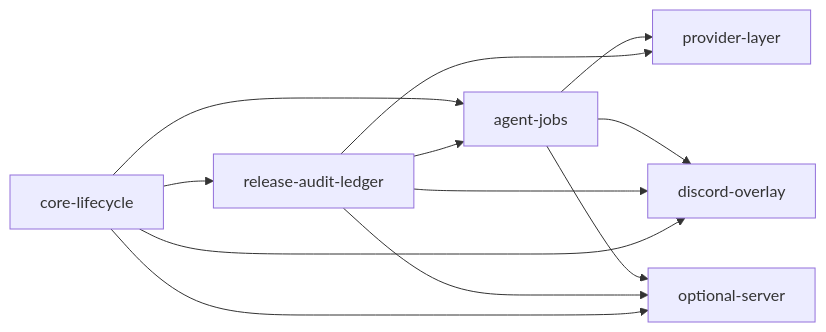
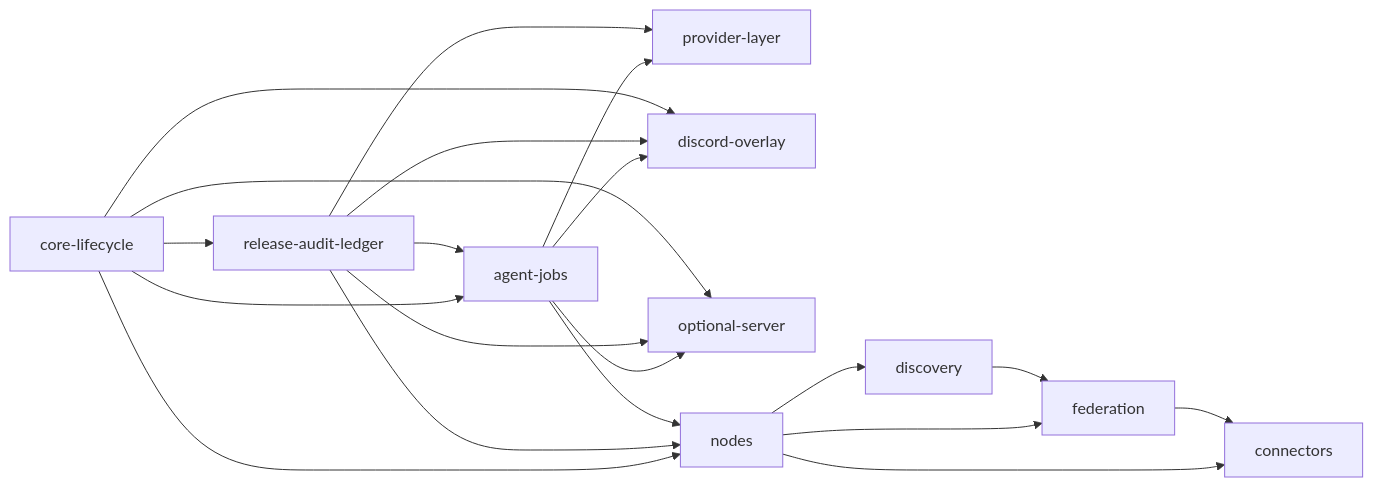
The diagram in docs/specifications/architecture/02_Core_Boundaries_and_Dependency_Rules.md (Audumla/AUDiaGentic), drawn with Mermaid before and after one commit. The commit also changed other lines of this file and 10 other files, not shown here.

````diff
--- a/docs/specifications/architecture/02_Core_Boundaries_and_Dependency_Rules.md
+++ b/docs/specifications/architecture/02_Core_Boundaries_and_Dependency_Rules.md
@@ -17,14 +23,22 @@
 ```mermaid
 flowchart LR
     L[core-lifecycle] --> R[release-audit-ledger]
     L --> J[agent-jobs]
     R --> J
     J --> P[provider-layer]
     R --> P
     J --> D[discord-overlay]
     R --> D
     L --> D
     J --> S[optional-server]
     R --> S
     L --> S
-```
+    L --> N[nodes]
+    R --> N
+    J --> N
+    N --> G[discovery]
+    N --> F[federation]
+    N --> C[connectors]
+    G --> F
+    F --> C
+  ```
````
